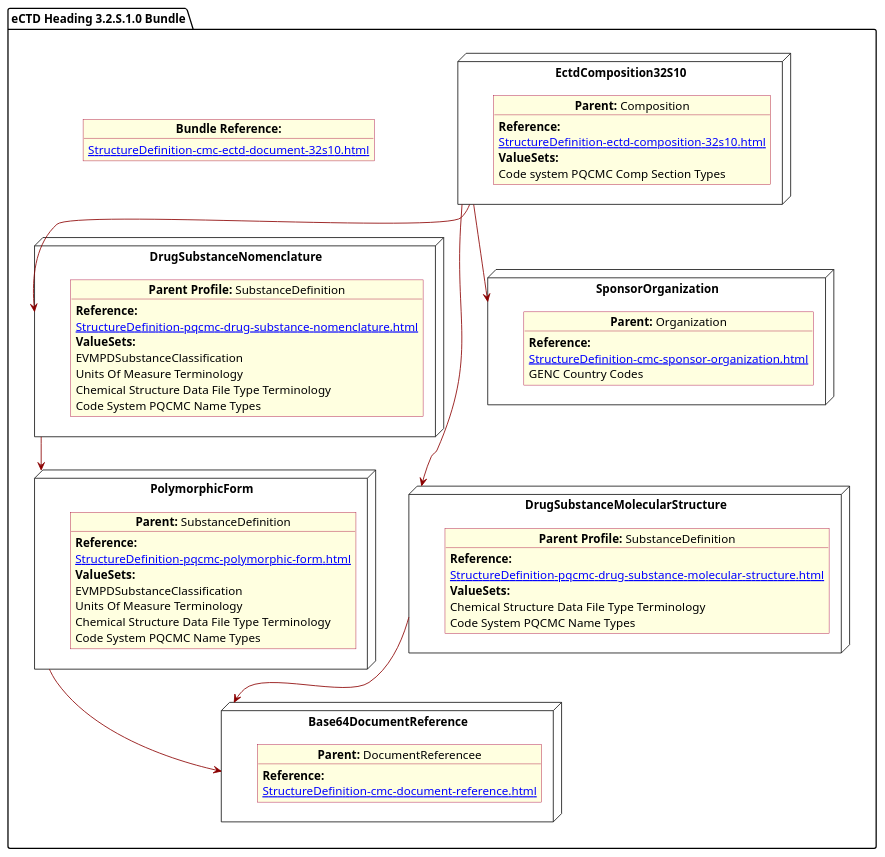
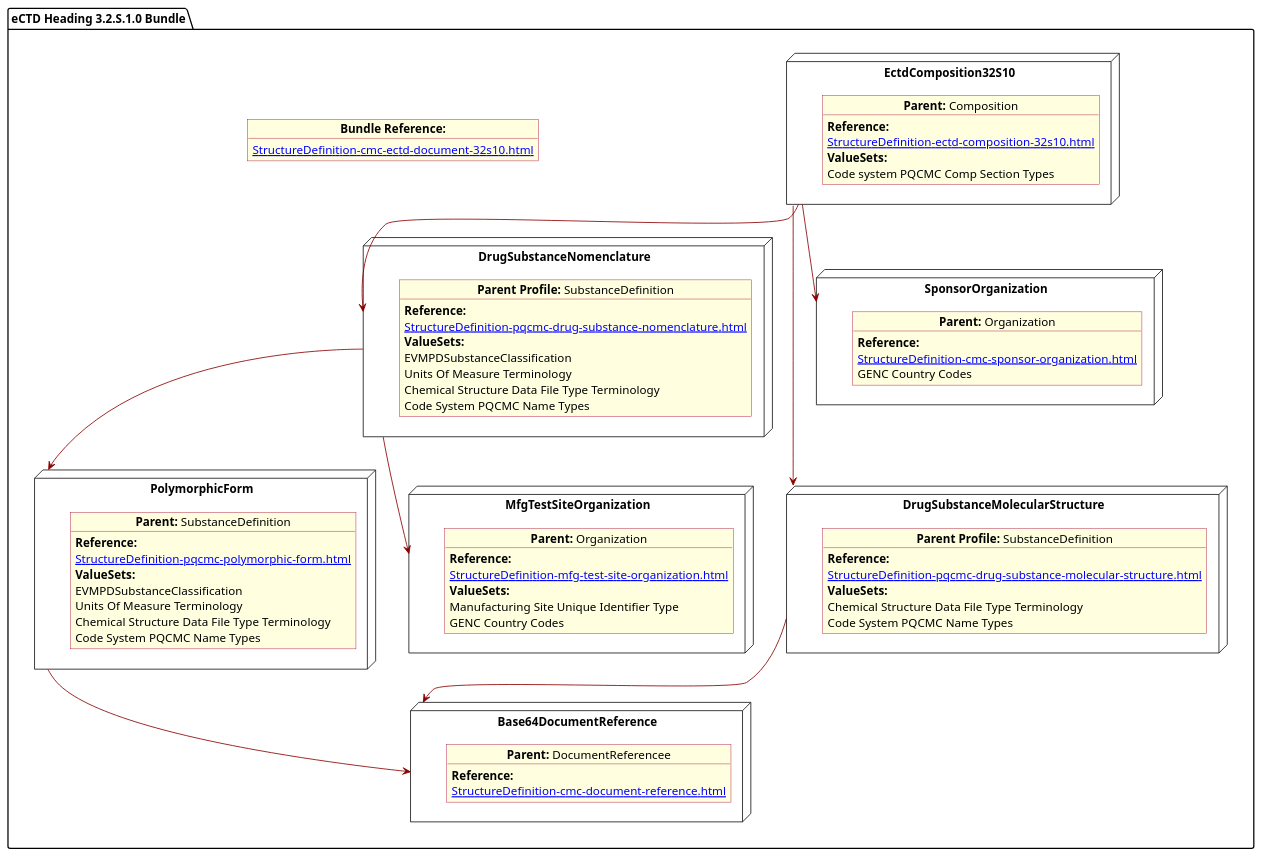
One commit to HL7/FHIR-us-pq-cmc-fda changed the diagram in input/images-source/SubstanceGeneral.plantuml. Above: the diagram before and after it, drawn with PlantUML. The commit also changed 20 other files, not shown here.

```diff
--- a/input/images-source/SubstanceGeneral.plantuml
+++ b/input/images-source/SubstanceGeneral.plantuml
@@ -1,76 +1,85 @@
 @startuml SubstanceGeneral
 allowmixing
 'Mixed model of use case and object
 skinparam svgDimensionStyle false
 skinparam ObjectBackgroundColor LightYellow
 skinparam ObjectBorderColor #A80036
 skinparam activityDiamondBorderColor #A80036
 skinparam activityDiamondBackgroundColor lawnGreen
 skinparam ClassBorderThickness 4
 
 package "eCTD Heading 3.2.S.1.0 Bundle" as NODES {
 object "**Bundle Reference:**" as objbun {
               [[StructureDefinition-cmc-ectd-document-32s10.html]]
     }  
   node "DrugSubstanceNomenclature" as NN { 
       object "**Parent Profile:** SubstanceDefinition" as obj3 {
           **Reference:**
       [[StructureDefinition-pqcmc-drug-substance-nomenclature.html]]
         **ValueSets:**
         EVMPDSubstanceClassification
         Units Of Measure Terminology
         Chemical Structure Data File Type Terminology
         Code System PQCMC Name Types 
       }  
 }
   node "DrugSubstanceMolecularStructure" as N21 { 
       object "**Parent Profile:** SubstanceDefinition" as obj22 {
           **Reference:**
       [[StructureDefinition-pqcmc-drug-substance-molecular-structure.html]]
         **ValueSets:**
         Chemical Structure Data File Type Terminology
         Code System PQCMC Name Types
     }
 }
 node "Base64DocumentReference" as NB64 { 
       object "**Parent:** DocumentReferencee"  as obj64 {  
             **Reference:**
       [[StructureDefinition-cmc-document-reference.html]]
 }
 }
   node "EctdComposition32S10" as N1 { 
       object "**Parent:** Composition" as obj1 {
             **Reference:**
       [[StructureDefinition-ectd-composition-32s10.html]]
       **ValueSets:**
   Code system PQCMC Comp Section Types
     }    
 }
 node "PolymorphicForm" as N2 { 
       object "**Parent:** SubstanceDefinition" as obj2 {
           **Reference:**
       [[StructureDefinition-pqcmc-polymorphic-form.html]]
         **ValueSets:**
         EVMPDSubstanceClassification
         Units Of Measure Terminology
         Chemical Structure Data File Type Terminology
         Code System PQCMC Name Types
     }    
 }
  node "SponsorOrganization" as NSO { 
       object "**Parent:** Organization" as objAu {
     **Reference:**
       [[StructureDefinition-cmc-sponsor-organization.html]]
         GENC Country Codes
     }
 } 
-
+node "MfgTestSiteOrganization" as N21mfg { 
+    object "**Parent:** Organization" as objTS  {
+        **Reference:**
+      [[StructureDefinition-mfg-test-site-organization.html]]
+        **ValueSets:**
+         Manufacturing Site Unique Identifier Type
+         GENC Country Codes
+    }
+}
 
 N1 -[#darkred]-> N21
 N1 -[#darkred]-> NN
 NN -[#darkred]-> N2
 N2 -[#darkred]-> NB64
 N21 -[#darkred]-> NB64
 N1 -[#darkred]-> NSO
+NN -[#darkred]-> N21mfg
 }
 @enduml
```
